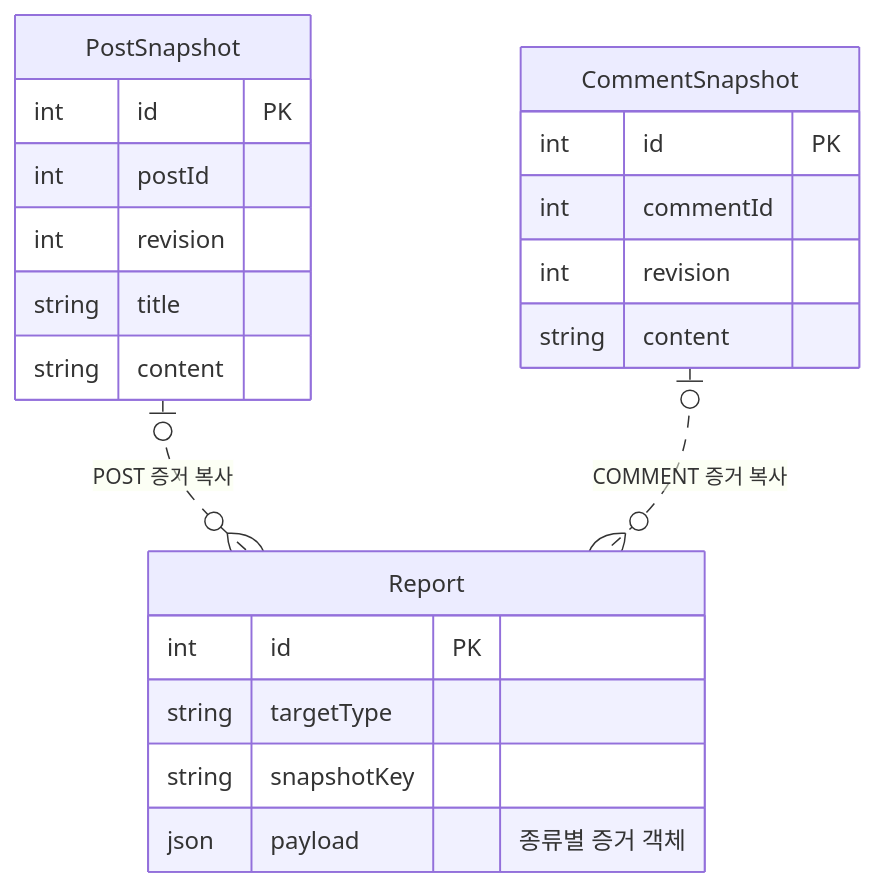
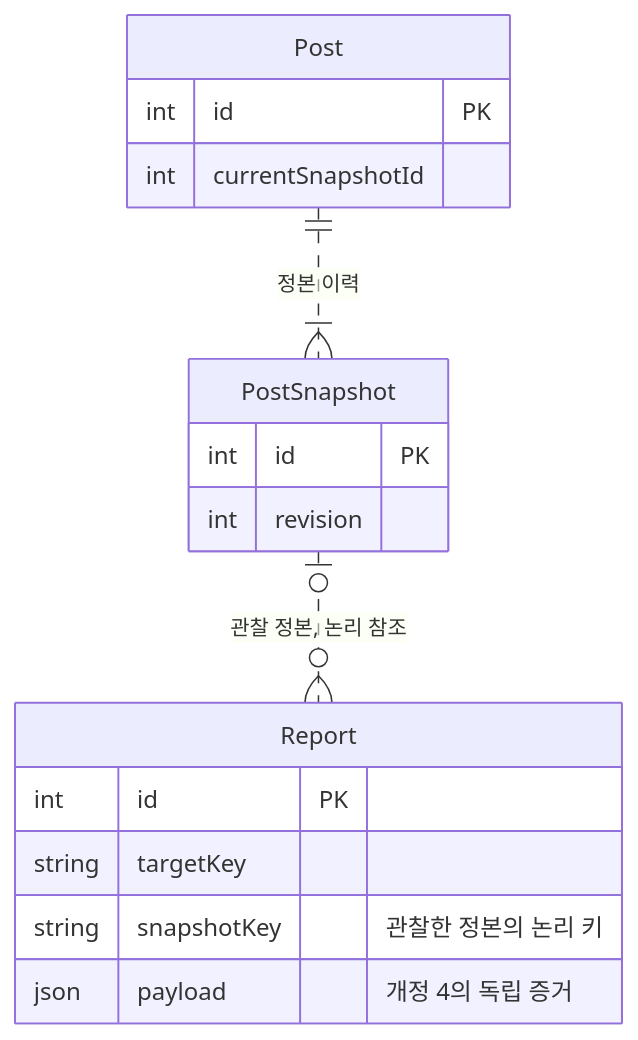
One commit to luke0408/blog-erd changed the tenth of 12 diagrams in docs/report-management.md. Above: the diagram before and after it, drawn with Mermaid. The commit also changed other lines of this file and 5 other files, not shown here.

Commit message:
docs(erd): reorder student questions by design requirements

````diff
--- a/docs/report-management.md
+++ b/docs/report-management.md
@@ -302,24 +298,19 @@
 ```mermaid
 erDiagram
+    PostSnapshot {
+        int id PK
+        int revision
+    }
     Report {
         int id PK
-        string targetType
-        string snapshotKey
-        json payload "종류별 증거 객체"
+        string targetKey
+        string snapshotKey "관찰한 정본의 논리 키"
+        json payload "개정 4의 독립 증거"
     }
-    PostSnapshot {
+    Post {
         int id PK
-        int postId
-        int revision
-        string title
-        string content
+        int currentSnapshotId
     }
-    CommentSnapshot {
-        int id PK
-        int commentId
-        int revision
-        string content
-    }
-    PostSnapshot |o..o{ Report : "POST 증거 복사"
-    CommentSnapshot |o..o{ Report : "COMMENT 증거 복사"
+    Post ||..|{ PostSnapshot : "정본 이력"
+    PostSnapshot |o..o{ Report : "관찰 정본, 논리 참조"
 ```
````
